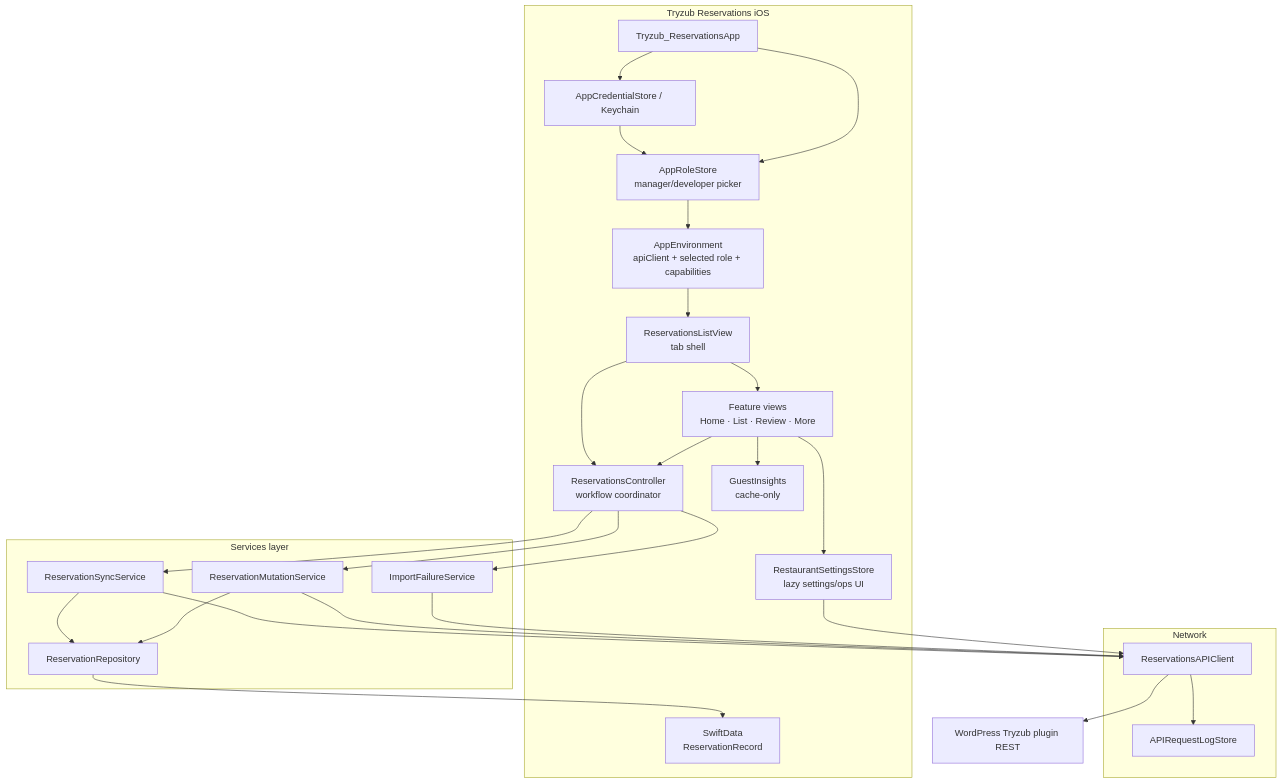
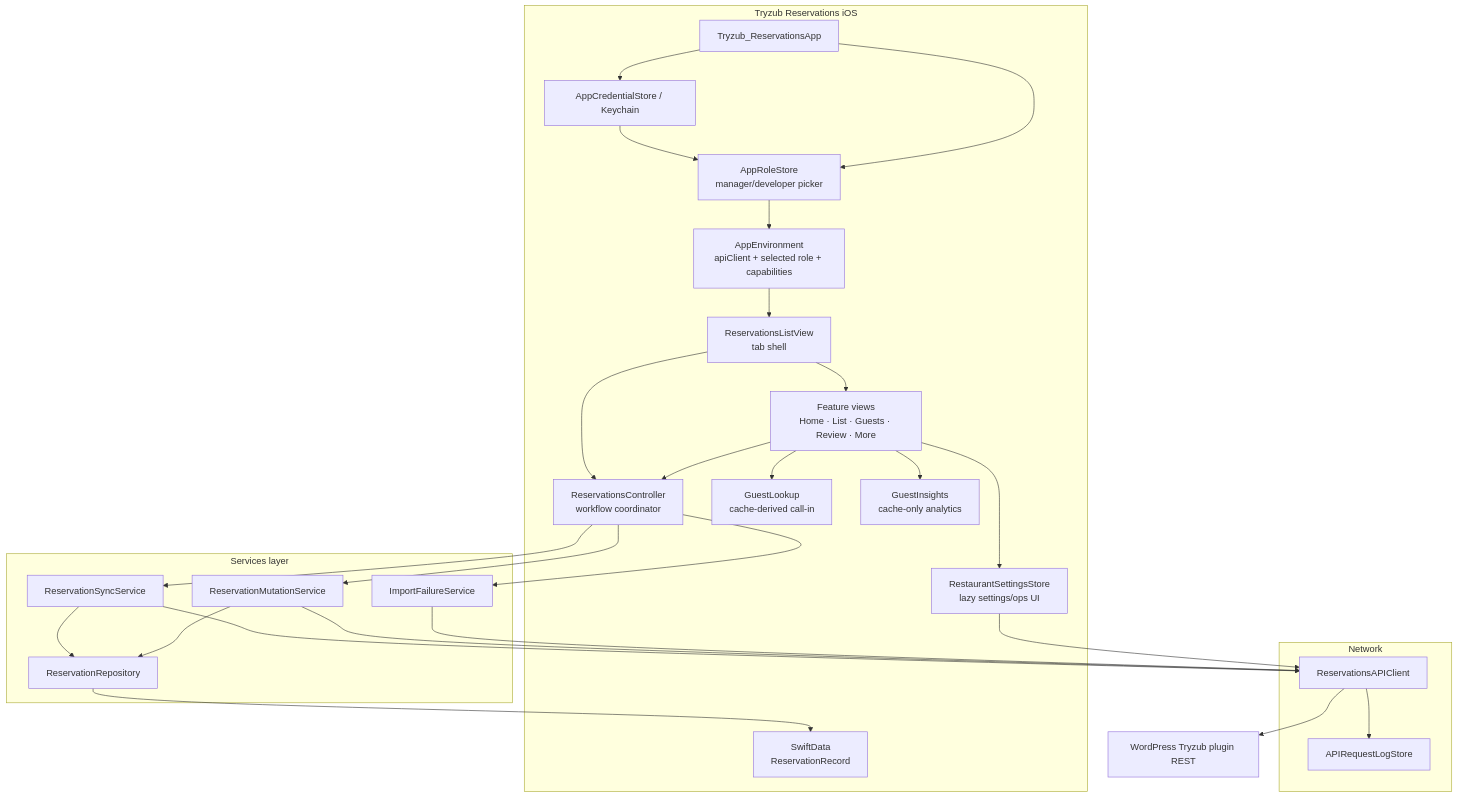
One commit to bohdan462/Reservation-iOS-App changed the first of 12 diagrams in ARCHITECTURE_DIAGRAMS.md. Above: the diagram before and after it, drawn with Mermaid. The commit also changed other lines of this file and 9 other files, not shown here.

````diff
--- a/ARCHITECTURE_DIAGRAMS.md
+++ b/ARCHITECTURE_DIAGRAMS.md
@@ -13,52 +13,54 @@
 ```mermaid
 flowchart TB
     subgraph iOS["Tryzub Reservations iOS"]
         App["Tryzub_ReservationsApp"]
         Creds["AppCredentialStore / Keychain"]
         Role["AppRoleStore<br/>manager/developer picker"]
         Env["AppEnvironment<br/>apiClient + selected role + capabilities"]
         Shell["ReservationsListView<br/>tab shell"]
         Ctrl["ReservationsController<br/>workflow coordinator"]
-        Views["Feature views<br/>Home · List · Review · More"]
-        Guest["GuestInsights<br/>cache-only"]
+        Views["Feature views<br/>Home · List · Guests · Review · More"]
+        GuestLookup["GuestLookup<br/>cache-derived call-in"]
+        Guest["GuestInsights<br/>cache-only analytics"]
         Settings["RestaurantSettingsStore<br/>lazy settings/ops UI"]
         SD["SwiftData<br/>ReservationRecord"]
     end
 
     subgraph Services["Services layer"]
         Sync["ReservationSyncService"]
         Mut["ReservationMutationService"]
         Repo["ReservationRepository"]
         IFail["ImportFailureService"]
     end
 
     subgraph Network["Network"]
         API["ReservationsAPIClient"]
         Log["APIRequestLogStore"]
     end
 
     WP["WordPress Tryzub plugin REST"]
 
     App --> Creds
     Creds --> Role
     Role --> Env
     App --> Role
     Env --> Shell
     Shell --> Ctrl
     Shell --> Views
     Views --> Ctrl
+    Views --> GuestLookup
     Views --> Guest
     Views --> Settings
     Settings --> API
     Ctrl --> Sync
     Ctrl --> Mut
     Ctrl --> IFail
     Sync --> API
     Mut --> API
     IFail --> API
     Sync --> Repo
     Mut --> Repo
     Repo --> SD
     API --> Log
     API --> WP
 ```
````
